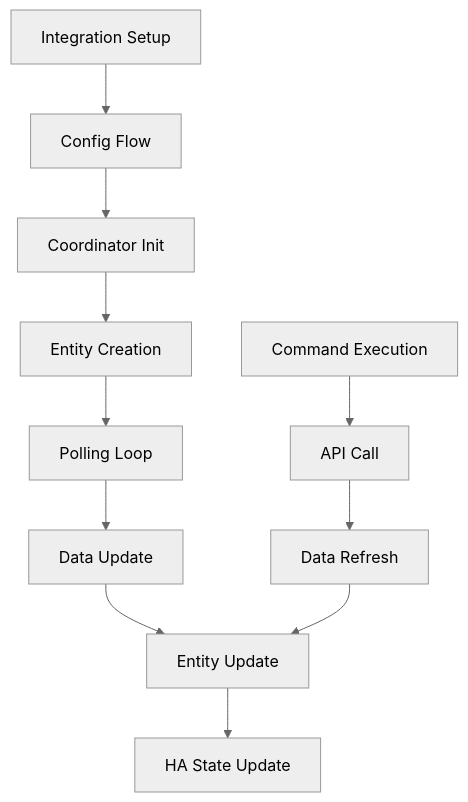
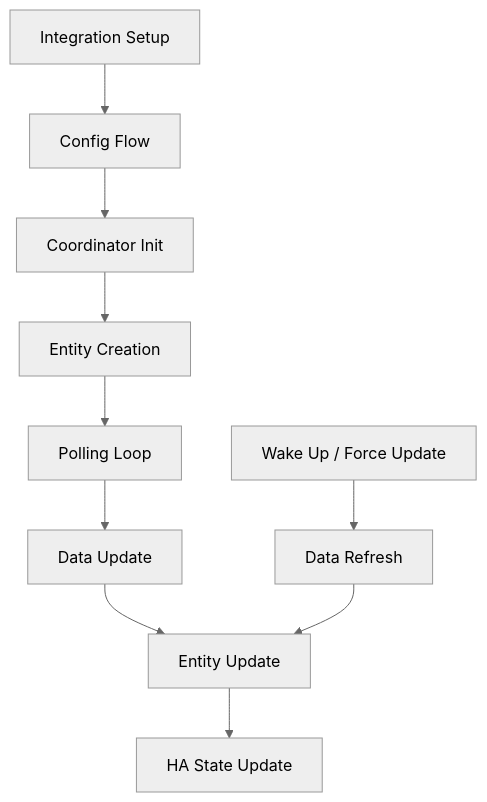
Before and after one commit to grzesiek1711/tesla: the first of 11 diagrams in docs/workflows.md, drawn with Mermaid (neutral theme). The commit also changed other lines of this file and 40 other files, not shown here.

````diff
--- a/docs/workflows.md
+++ b/docs/workflows.md
@@ -5,15 +5,14 @@
 ```mermaid
 graph TB
     A["Integration Setup"] --> B["Config Flow"]
     B --> C["Coordinator Init"]
     C --> D["Entity Creation"]
     D --> E["Polling Loop"]
 
     E --> F["Data Update"]
     F --> G["Entity Update"]
     G --> H["HA State Update"]
 
-    I["Command Execution"] --> J["API Call"]
-    J --> K["Data Refresh"]
+    I["Wake Up / Force Update"] --> K["Data Refresh"]
     K --> G
 ```
````
